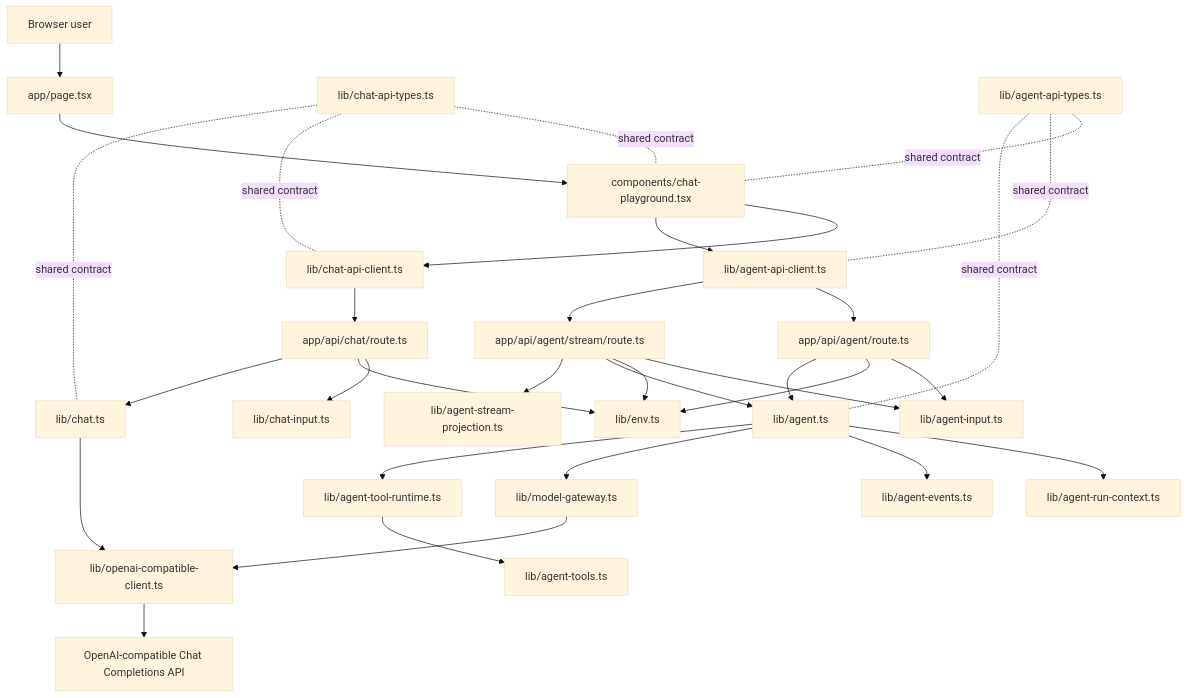
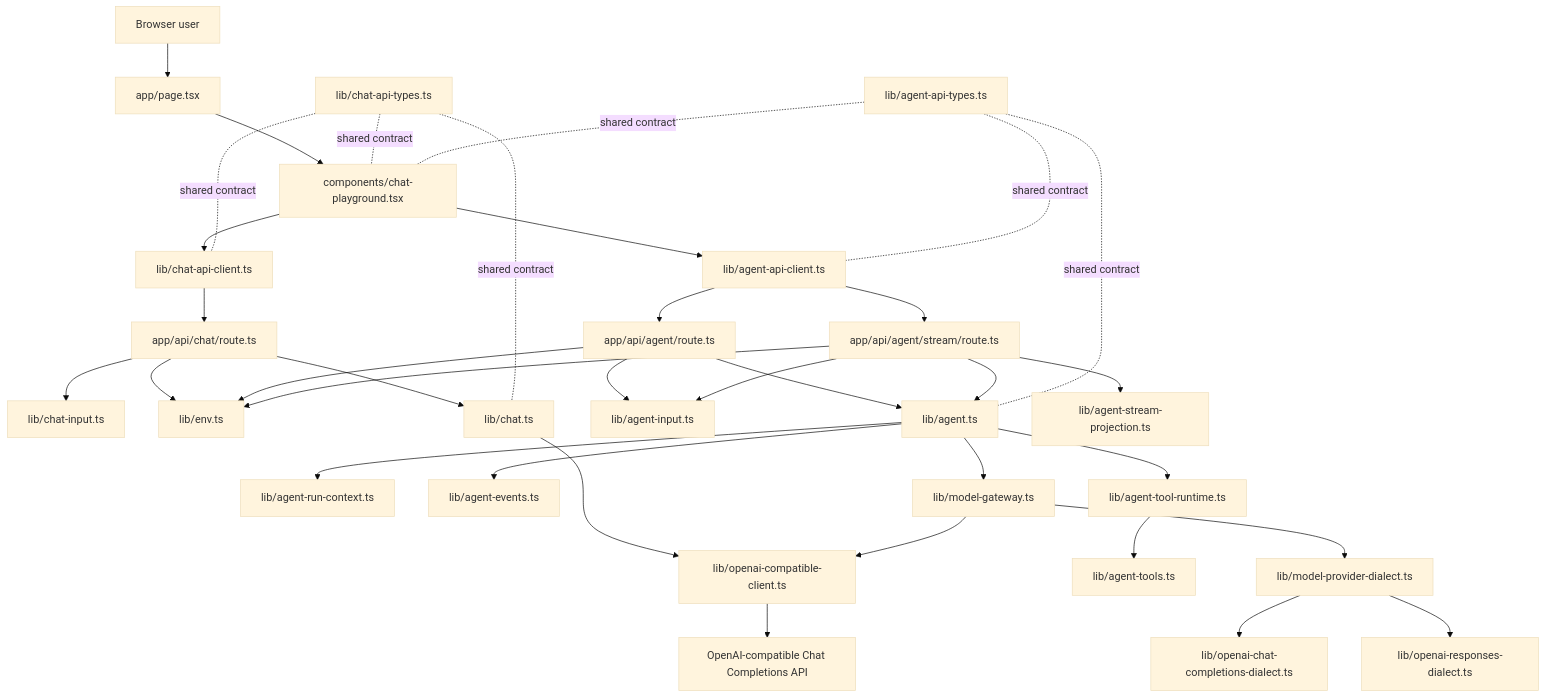
One commit to Liang-HZ/inspectable-agent-harness changed the first of 3 diagrams in docs/architecture.md. Above: the diagram before and after it, drawn with Mermaid (base theme). The commit also changed other lines of this file and 17 other files, not shown here.

Commit message:
Add provider dialect architecture

````diff
--- a/docs/architecture.md
+++ b/docs/architecture.md
@@ -21,38 +21,41 @@
 ```mermaid
 flowchart TD
   User[Browser user] --> Page[app/page.tsx]
   Page --> Playground[components/chat-playground.tsx]
   Playground --> BrowserClient[lib/chat-api-client.ts]
   Playground --> AgentBrowserClient[lib/agent-api-client.ts]
   BrowserClient --> ChatRoute[app/api/chat/route.ts]
   AgentBrowserClient --> AgentRoute[app/api/agent/route.ts]
   AgentBrowserClient --> AgentStreamRoute[app/api/agent/stream/route.ts]
 
   ChatRoute --> ChatInput[lib/chat-input.ts]
   ChatRoute --> Env[lib/env.ts]
   ChatRoute --> ChatService[lib/chat.ts]
 
   AgentRoute --> AgentInput[lib/agent-input.ts]
   AgentStreamRoute --> AgentInput
   AgentRoute --> Env
   AgentStreamRoute --> Env
   AgentRoute --> AgentService[lib/agent.ts]
   AgentStreamRoute --> AgentService
   AgentStreamRoute --> AgentProjection[lib/agent-stream-projection.ts]
   AgentService --> AgentRunContext[lib/agent-run-context.ts]
   AgentService --> AgentEvents[lib/agent-events.ts]
   AgentService --> ModelGateway[lib/model-gateway.ts]
+  ModelGateway --> ModelDialect[lib/model-provider-dialect.ts]
+  ModelDialect --> ChatDialect[lib/openai-chat-completions-dialect.ts]
+  ModelDialect --> ResponsesDialect[lib/openai-responses-dialect.ts]
   AgentService --> ToolRuntime[lib/agent-tool-runtime.ts]
   ToolRuntime --> AgentTools[lib/agent-tools.ts]
 
   ChatService --> OpenAIClient[lib/openai-compatible-client.ts]
   ModelGateway --> OpenAIClient
   OpenAIClient --> Provider[OpenAI-compatible Chat Completions API]
 
   SharedTypes[lib/chat-api-types.ts] -. shared contract .- Playground
   SharedTypes -. shared contract .- BrowserClient
   SharedTypes -. shared contract .- ChatService
   AgentTypes[lib/agent-api-types.ts] -. shared contract .- Playground
   AgentTypes -. shared contract .- AgentBrowserClient
   AgentTypes -. shared contract .- AgentService
 ```
````
